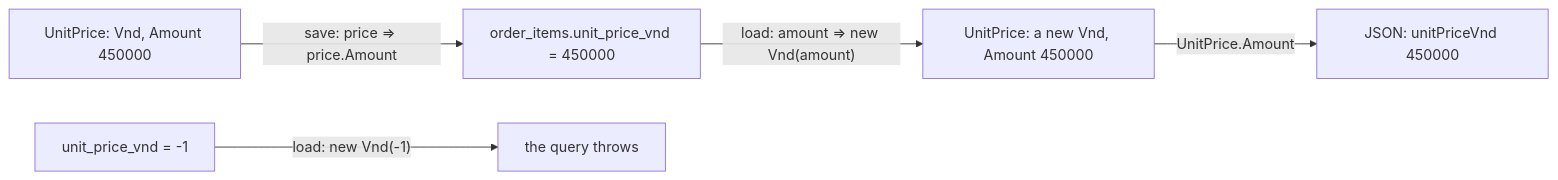
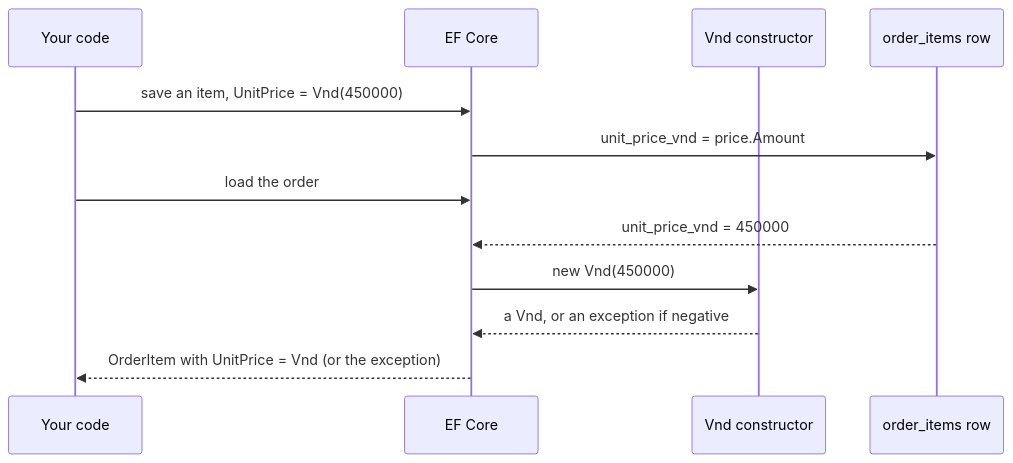
Before and after one commit to duyan11110/lo-trinh-architect: the diagram in content/tracks/design/ddd-tactical/design.l3.storing-value-objects.en.md, drawn with Mermaid. The commit also changed other lines of this file and 8 other files, not shown here.

````diff
--- a/content/tracks/design/ddd-tactical/design.l3.storing-value-objects.en.md
+++ b/content/tracks/design/ddd-tactical/design.l3.storing-value-objects.en.md
@@ -40,7 +42,14 @@
 ```mermaid
-flowchart LR
-  V["UnitPrice: Vnd, Amount 450000"] -->|"save: price => price.Amount"| C["order_items.unit_price_vnd = 450000"]
-  C -->|"load: amount => new Vnd(amount)"| L["UnitPrice: a new Vnd, Amount 450000"]
-  B["unit_price_vnd = -1"] -->|"load: new Vnd(-1)"| X["the query throws"]
-  L -->|"UnitPrice.Amount"| J["JSON: unitPriceVnd 450000"]
+sequenceDiagram
+  participant C as Your code
+  participant E as EF Core
+  participant V as Vnd constructor
+  participant T as order_items row
+  C->>E: save an item, UnitPrice = Vnd(450000)
+  E->>T: unit_price_vnd = price.Amount
+  C->>E: load the order
+  T-->>E: unit_price_vnd = 450000
+  E->>V: new Vnd(450000)
+  V-->>E: a Vnd, or an exception if negative
+  E-->>C: OrderItem with UnitPrice = Vnd (or the exception)
 ```
````
